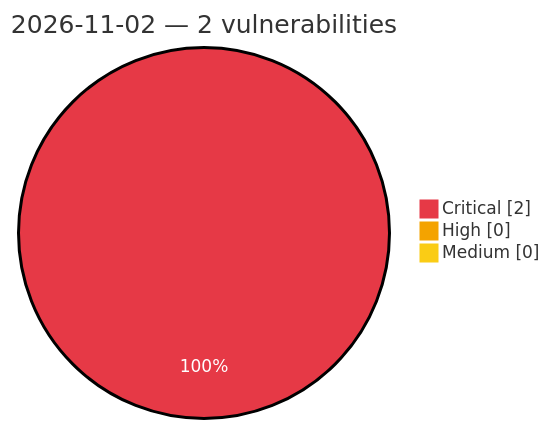
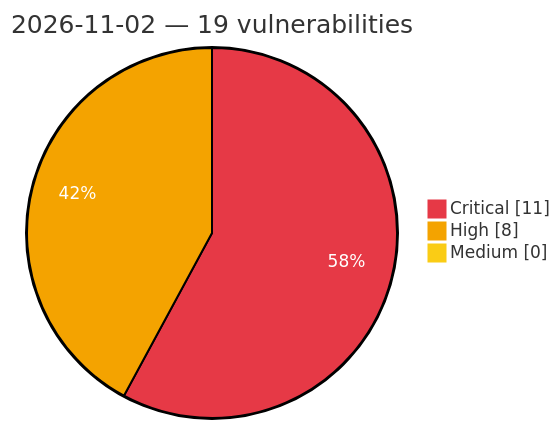
One commit to GhostX0X/vuln-tracker changed the diagram in vulnerabilities/2026/November/2026-11-02.md. Above: the diagram before and after it, drawn with Mermaid. The commit also changed other lines of this file and 5 other files, not shown here.

Commit message:
Auto update: critical/high vulns (2026-11-02 09:28 UTC)

````diff
--- a/vulnerabilities/2026/November/2026-11-02.md
+++ b/vulnerabilities/2026/November/2026-11-02.md
@@ -3,8 +3,8 @@
 ```mermaid
 %%{init: {'theme':'base', 'themeVariables': {'pie1':'#e63946', 'pie2':'#f4a300', 'pie3':'#facc15', 'pieOpacity':'1', 'pieOuterStrokeWidth':'2px', 'pieSectionTextColor':'#ffffff'}}}%%
 pie showData
-    title 2026-11-02 — 2 vulnerabilities
-    "Critical" : 2
-    "High" : 0
+    title 2026-11-02 — 19 vulnerabilities
+    "Critical" : 11
+    "High" : 8
     "Medium" : 0
 ```
````
